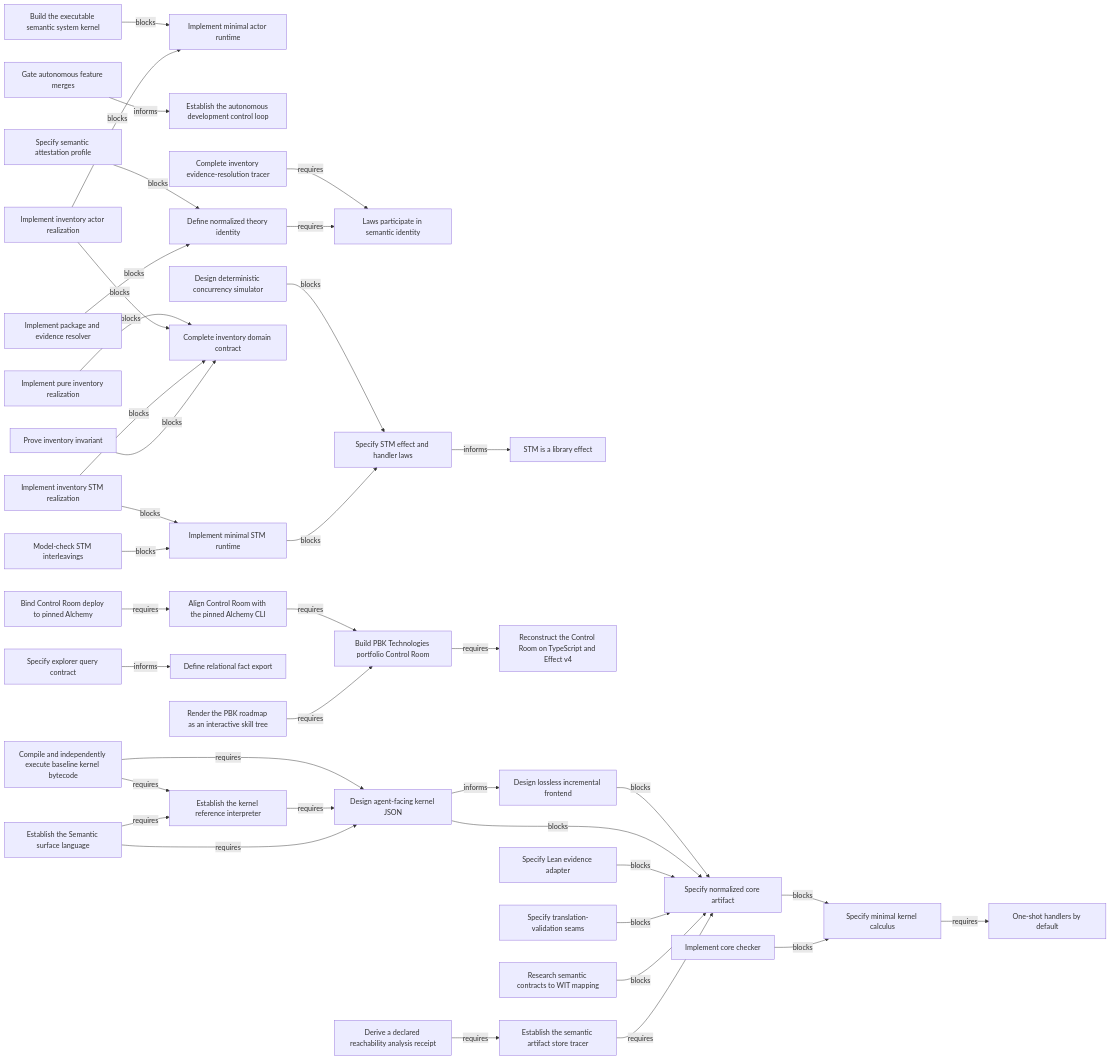
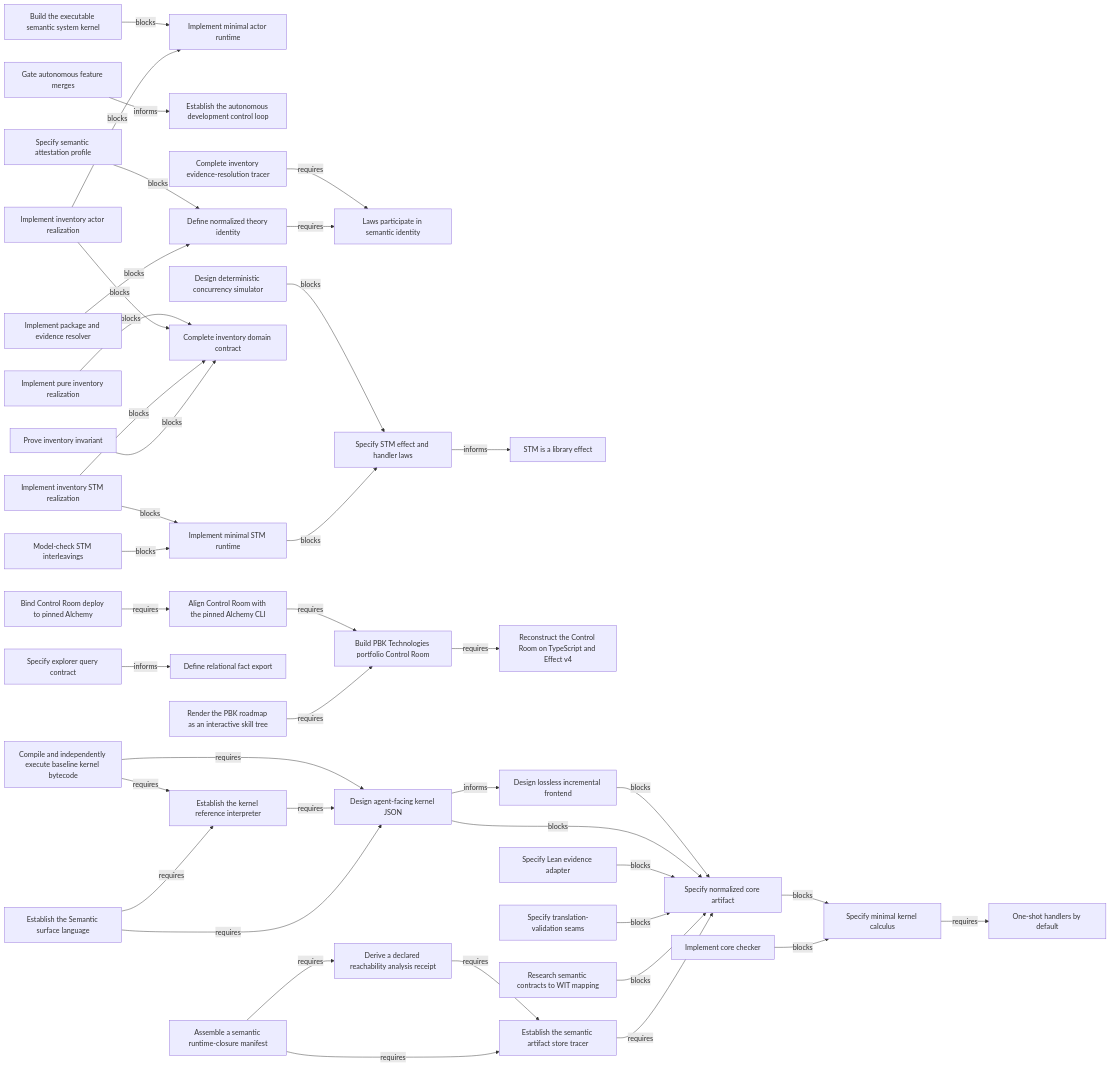
Before and after one commit to phibkro/semantic-systems: the diagram in generated/05-work-dependencies.md, drawn with Mermaid. The commit also changed 14 other files, not shown here.

First line of the commit message:
feat(language): add semantic runtime closure manifest (#15)

```diff
--- a/generated/05-work-dependencies.md
+++ b/generated/05-work-dependencies.md
@@ -37,6 +37,7 @@
     work_relational_fact_schema["Define relational fact export"]
     work_semantic_artifact_store["Establish the semantic artifact store tracer"]
     work_semantic_attestation_profile["Specify semantic attestation profile"]
+    work_semantic_runtime_closure_manifest["Assemble a semantic runtime-closure manifest"]
     work_semantic_surface_language["Establish the Semantic surface language"]
     work_stm_laws["Specify STM effect and handler laws"]
     work_stm_model_check["Model-check STM interleavings"]
@@ -66,6 +67,8 @@
     work_deterministic_simulator_spec -->|blocks| work_stm_laws
     work_explorer_query_contract -->|informs| work_relational_fact_schema
     work_semantic_artifact_store -->|requires| work_normalized_core_format
+    work_semantic_runtime_closure_manifest -->|requires| work_reachability_analysis_receipt
+    work_semantic_runtime_closure_manifest -->|requires| work_semantic_artifact_store
     work_semantic_surface_language -->|requires| work_agent_facing_kernel_json
     work_semantic_surface_language -->|requires| work_kernel_reference_interpreter
     work_core_checker -->|blocks| work_kernel_spec
```
